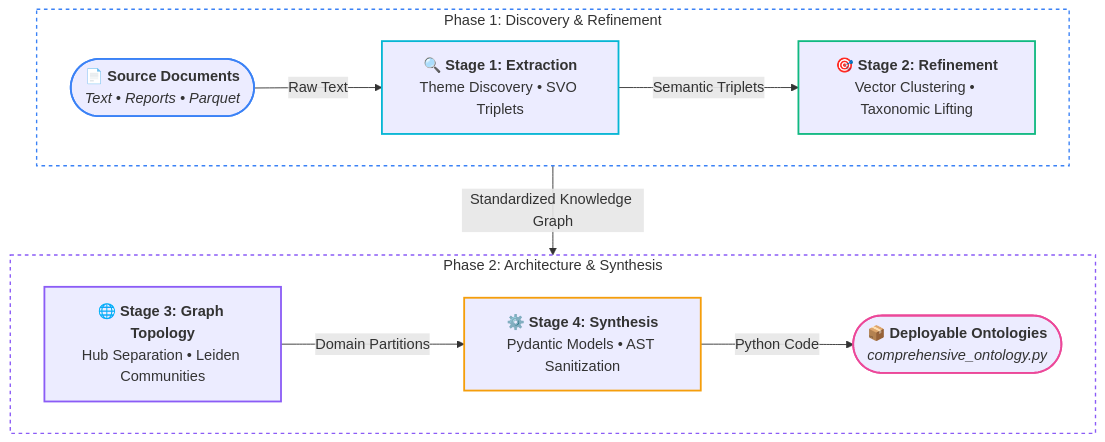
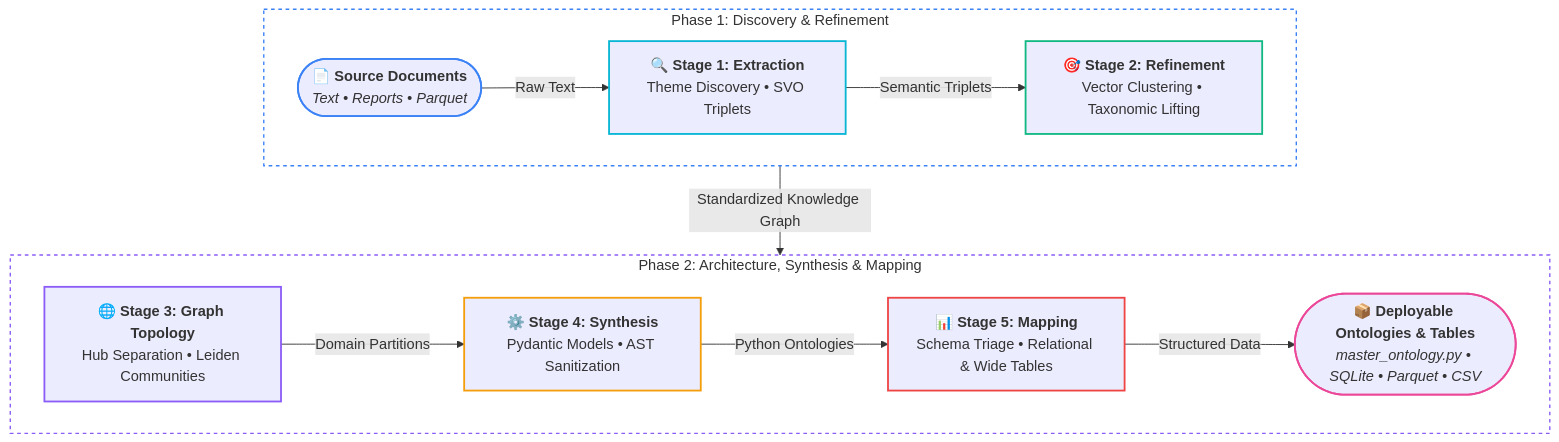
The diagram in README.md (childmindresearch/SemanticPrism), drawn with Mermaid before and after one commit. The commit also changed other lines of this file and 12 other files, not shown here.

Commit message:
Add Stage 5 schema-driven extraction and relational/wide-table aggregation

````diff
--- a/README.md
+++ b/README.md
@@ -11,27 +11,29 @@
 ```mermaid
 flowchart TD
     subgraph Row1 ["Phase 1: Discovery & Refinement"]
         direction LR
         In(["📄 <b>Source Documents</b><br/><i>Text • Reports • Parquet</i>"])
         --> |Raw Text| S1["🔍 <b>Stage 1: Extraction</b><br/>Theme Discovery • SVO Triplets"]
         --> |Semantic Triplets| S2["🎯 <b>Stage 2: Refinement</b><br/>Vector Clustering • Taxonomic Lifting"]
     end
 
-    subgraph Row2 ["Phase 2: Architecture & Synthesis"]
+    subgraph Row2 ["Phase 2: Architecture, Synthesis & Mapping"]
         direction LR
         S3["🌐 <b>Stage 3: Graph Topology</b><br/>Hub Separation • Leiden Communities"]
         --> |Domain Partitions| S4["⚙️ <b>Stage 4: Synthesis</b><br/>Pydantic Models • AST Sanitization"]
-        --> |Python Code| Out(["📦 <b>Deployable Ontologies</b><br/><i>comprehensive_ontology.py</i>"])
+        --> |Python Ontologies| S5["📊 <b>Stage 5: Mapping</b><br/>Schema Triage • Relational & Wide Tables"]
+        --> |Structured Data| Out(["📦 <b>Deployable Ontologies & Tables</b><br/><i>master_ontology.py • SQLite • Parquet • CSV</i>"])
     end
 
     Row1 --> |Standardized Knowledge Graph| Row2
 
     style Row1 stroke:#3b82f6,stroke-width:1.5px,stroke-dasharray: 4 4,fill:none
     style Row2 stroke:#8b5cf6,stroke-width:1.5px,stroke-dasharray: 4 4,fill:none
     style In stroke:#3b82f6,stroke-width:2px
     style S1 stroke:#06b6d4,stroke-width:2px
     style S2 stroke:#10b981,stroke-width:2px
     style S3 stroke:#8b5cf6,stroke-width:2px
     style S4 stroke:#f59e0b,stroke-width:2px
+    style S5 stroke:#ef4444,stroke-width:2px
     style Out stroke:#ec4899,stroke-width:2px
 ```
````
